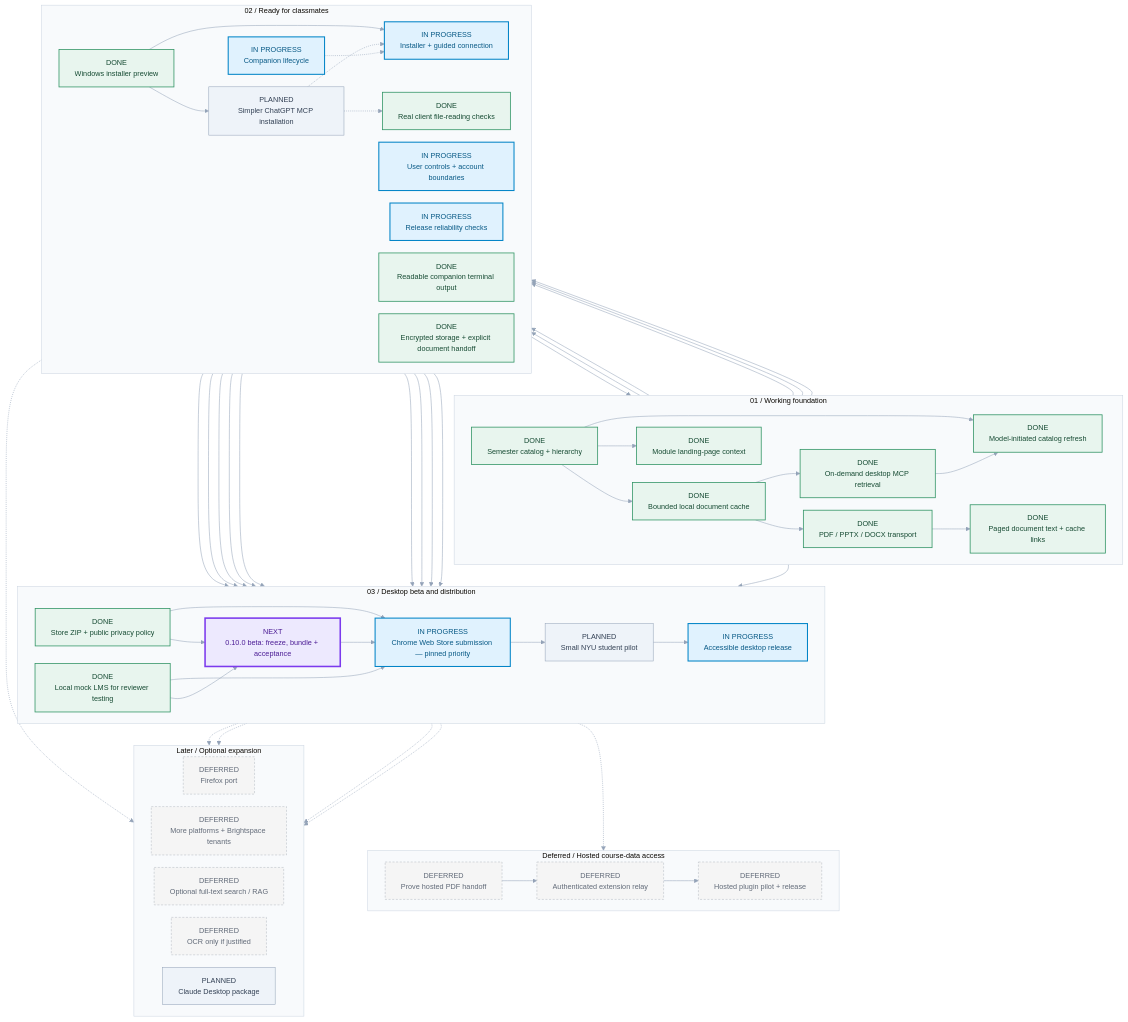
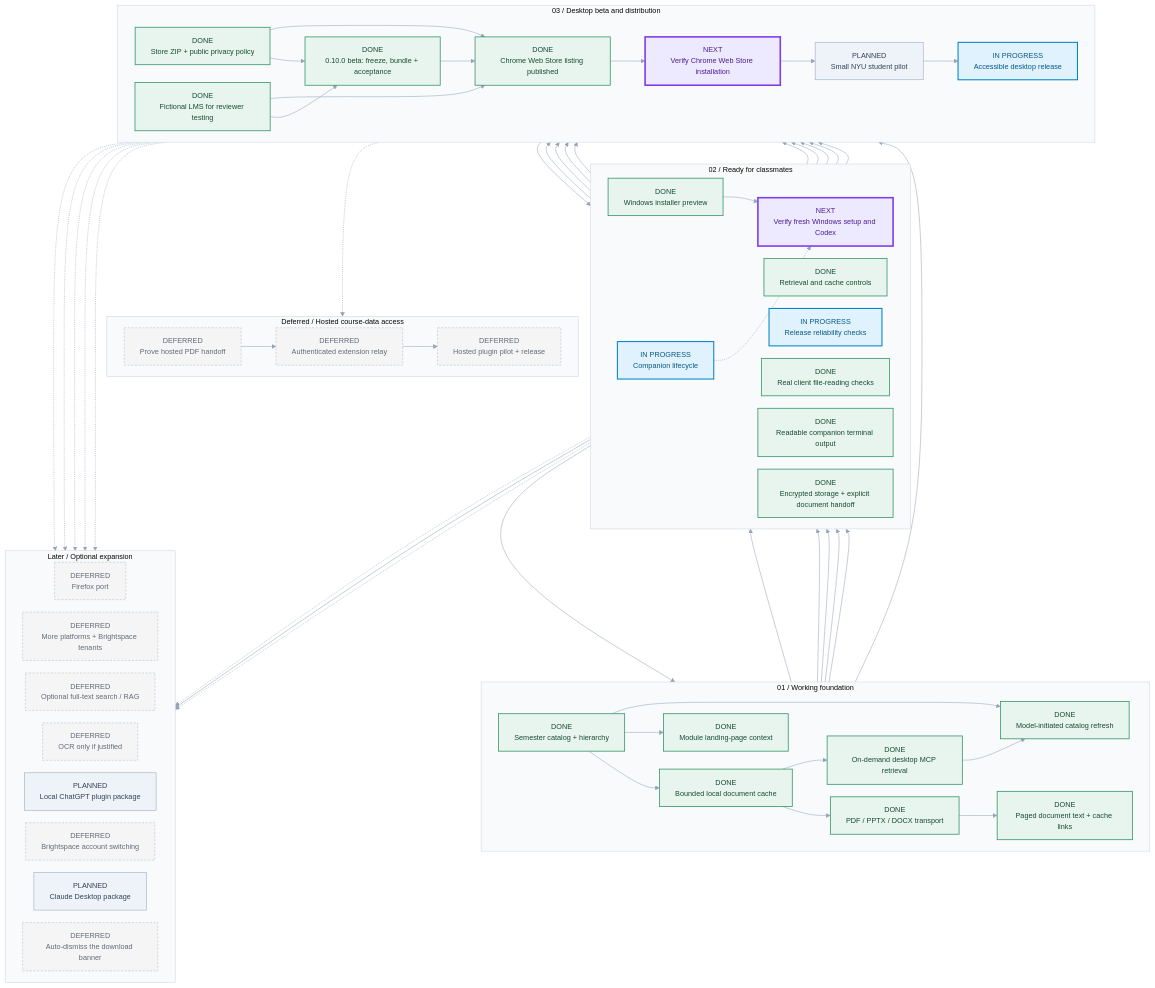
Before and after one commit to khin101wastaken/brightspace-context: the diagram in docs/roadmap.mmd, drawn with Mermaid. The commit also changed 38 other files, not shown here.

Commit message:
Release companion 0.10.1 with tray controls and guided Codex setup

```diff
--- a/docs/roadmap.mmd
+++ b/docs/roadmap.mmd
@@ -1,97 +1,102 @@
 %% Generated from roadmap.json. Edit the source, then run npm run roadmap.
 %%{init: {"theme":"base","themeVariables":{"fontFamily":"Segoe UI, system-ui, sans-serif","fontSize":"14px","lineColor":"#94a3b8","clusterBkg":"#f8fafc","clusterBorder":"#cbd5e1","primaryTextColor":"#0f172a"},"flowchart":{"curve":"basis","nodeSpacing":24,"rankSpacing":42,"htmlLabels":true}}}%%
 flowchart TB
   subgraph p_core["01 / Working foundation"]
     direction LR
     m_catalog["DONE<br/>Semester catalog + hierarchy"]:::done
     m_cache["DONE<br/>Bounded local document cache"]:::done
     m_retrieval["DONE<br/>On-demand desktop MCP retrieval"]:::done
     m_catalog_sync["DONE<br/>Model-initiated catalog refresh"]:::done
     m_formats["DONE<br/>PDF / PPTX / DOCX transport"]:::done
     m_module_notes["DONE<br/>Module landing-page context"]:::done
     m_document_text["DONE<br/>Paged document text + cache links"]:::done
   end
   subgraph p_readiness["02 / Ready for classmates"]
     direction LR
     m_lifecycle["IN PROGRESS<br/>Companion lifecycle"]:::in_progress
-    m_onboarding["IN PROGRESS<br/>Installer + guided connection"]:::in_progress
-    m_controls["IN PROGRESS<br/>User controls + account boundaries"]:::in_progress
+    m_onboarding["NEXT<br/>Verify fresh Windows setup and Codex"]:::next
+    m_controls["DONE<br/>Retrieval and cache controls"]:::done
     m_hardening["IN PROGRESS<br/>Release reliability checks"]:::in_progress
     m_installer["DONE<br/>Windows installer preview"]:::done
-    m_mcp_install["PLANNED<br/>Simpler ChatGPT MCP installation"]:::planned
     m_file_readers["DONE<br/>Real client file-reading checks"]:::done
     m_terminal_readability["DONE<br/>Readable companion terminal output"]:::done
     m_encrypted_storage["DONE<br/>Encrypted storage + explicit document handoff"]:::done
   end
   subgraph p_release["03 / Desktop beta and distribution"]
     direction LR
     m_pilot["PLANNED<br/>Small NYU student pilot"]:::planned
     m_desktop_release["IN PROGRESS<br/>Accessible desktop release"]:::in_progress
     m_store_assets["DONE<br/>Store ZIP + public privacy policy"]:::done
-    m_beta_bundle["NEXT<br/>0.10.0 beta: freeze, bundle + acceptance"]:::next
-    m_store_listing["IN PROGRESS<br/>Chrome Web Store submission — pinned priority"]:::in_progress
-    m_review_demo["DONE<br/>Local mock LMS for reviewer testing"]:::done
+    m_beta_bundle["DONE<br/>0.10.0 beta: freeze, bundle + acceptance"]:::done
+    m_store_listing["DONE<br/>Chrome Web Store listing published"]:::done
+    m_store_install["NEXT<br/>Verify Chrome Web Store installation"]:::next
+    m_review_demo["DONE<br/>Fictional LMS for reviewer testing"]:::done
   end
   subgraph p_web["Deferred / Hosted course-data access"]
     direction LR
     m_web_handoff["DEFERRED<br/>Prove hosted PDF handoff"]:::deferred
     m_remote_bridge["DEFERRED<br/>Authenticated extension relay"]:::deferred
     m_hosted_release["DEFERRED<br/>Hosted plugin pilot + release"]:::deferred
   end
   subgraph p_later["Later / Optional expansion"]
     direction LR
     m_firefox["DEFERRED<br/>Firefox port"]:::deferred
     m_platforms["DEFERRED<br/>More platforms + Brightspace tenants"]:::deferred
     m_indexing["DEFERRED<br/>Optional full-text search / RAG"]:::deferred
     m_ocr["DEFERRED<br/>OCR only if justified"]:::deferred
+    m_mcp_install["PLANNED<br/>Local ChatGPT plugin package"]:::planned
+    m_account_switching["DEFERRED<br/>Brightspace account switching"]:::deferred
     m_claude["PLANNED<br/>Claude Desktop package"]:::planned
+    m_download_banner["DEFERRED<br/>Auto-dismiss the download banner"]:::deferred
   end
   m_catalog --> m_cache
   m_cache --> m_retrieval
   m_retrieval --> m_lifecycle
   m_retrieval --> m_controls
   m_retrieval --> m_hardening
   m_onboarding --> m_pilot
   m_controls --> m_pilot
+  m_controls -.-> m_account_switching
   m_hardening --> m_pilot
   m_pilot --> m_desktop_release
   m_desktop_release -.-> m_web_handoff
   m_web_handoff --> m_remote_bridge
   m_remote_bridge --> m_hosted_release
   m_desktop_release -.-> m_firefox
   m_desktop_release -.-> m_platforms
   m_desktop_release -.-> m_indexing
   m_desktop_release -.-> m_ocr
   m_catalog --> m_module_notes
   m_cache --> m_formats
   m_retrieval --> m_installer
   m_installer --> m_mcp_install
   m_installer --> m_onboarding
-  m_mcp_install -.-> m_onboarding
+  m_desktop_release -.-> m_mcp_install
   m_lifecycle -.-> m_onboarding
   m_formats --> m_file_readers
-  m_mcp_install -.-> m_file_readers
   m_file_readers --> m_pilot
   m_installer --> m_store_assets
   m_store_assets --> m_store_listing
-  m_store_listing --> m_pilot
+  m_store_listing --> m_store_install
+  m_store_listing --> m_onboarding
+  m_store_install --> m_pilot
   m_installer -.-> m_claude
   m_catalog --> m_catalog_sync
   m_retrieval --> m_catalog_sync
   m_encrypted_storage --> m_store_listing
   m_review_demo --> m_store_listing
   m_formats --> m_document_text
   m_encrypted_storage --> m_document_text
   m_document_text --> m_beta_bundle
   m_installer --> m_beta_bundle
   m_review_demo --> m_beta_bundle
   m_terminal_readability --> m_beta_bundle
   m_store_assets --> m_beta_bundle
   m_beta_bundle --> m_store_listing
   m_file_readers --> m_beta_bundle
   classDef done fill:#e8f5ee,stroke:#319465,color:#164b33,stroke-width:1.5px;
   classDef in_progress fill:#e0f2fe,stroke:#0284c7,color:#075985,stroke-width:2px;
   classDef next fill:#ede9fe,stroke:#7c3aed,color:#4c1d95,stroke-width:3px;
   classDef planned fill:#eef3f9,stroke:#94a3b8,color:#334155,stroke-width:1px;
   classDef research fill:#fff4df,stroke:#d99a24,color:#783c0b,stroke-width:1.5px;
   classDef deferred fill:#f5f5f5,stroke:#b4b9c2,color:#626b79,stroke-dasharray:4 3;
```
